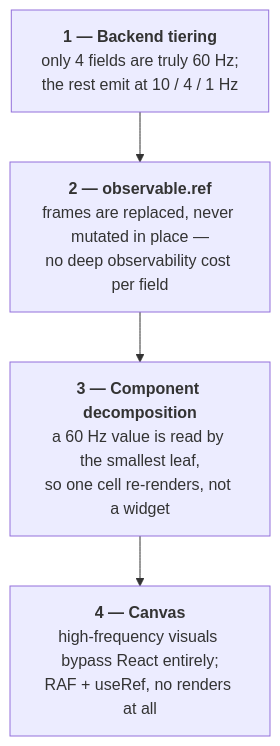
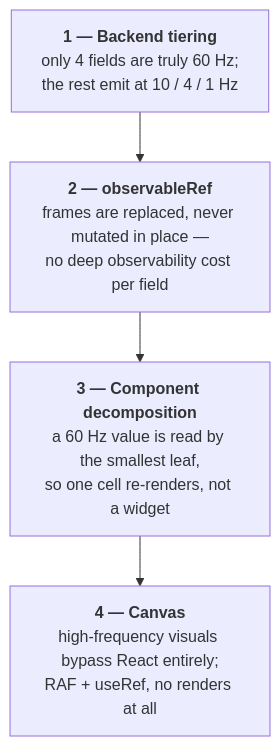
Diagram 20 of 22 in docs/architecture.md (mvoof/Marble-Trace), drawn with Mermaid before and after one commit. The commit also changed other lines of this file and 44 other files, not shown here.

````diff
--- a/docs/architecture.md
+++ b/docs/architecture.md
@@ -1744,9 +1744,9 @@
 ```mermaid
 flowchart TB
     L1["<b>1 — Backend tiering</b><br/>only 4 fields are truly 60 Hz;<br/>the rest emit at 10 / 4 / 1 Hz"]
-    L2["<b>2 — observable.ref</b><br/>frames are replaced, never mutated in place —<br/>no deep observability cost per field"]
+    L2["<b>2 — observableRef</b><br/>frames are replaced, never mutated in place —<br/>no deep observability cost per field"]
     L3["<b>3 — Component decomposition</b><br/>a 60 Hz value is read by the smallest leaf,<br/>so one cell re-renders, not a widget"]
     L4["<b>4 — Canvas</b><br/>high-frequency visuals bypass React entirely;<br/>RAF + useRef, no renders at all"]
 
     L1 --> L2 --> L3 --> L4
 ```
````
